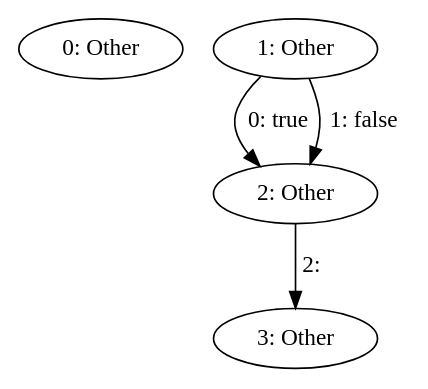
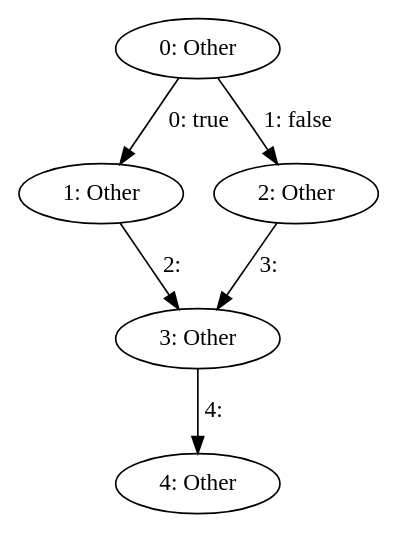
Before and after one commit to mohe2015/zero-cost-templating: the diagram in zero-cost-templating/if_else.html.dot, drawn with Graphviz. The commit also changed 1 other file, not shown here.

```diff
--- a/zero-cost-templating/if_else.html.dot
+++ b/zero-cost-templating/if_else.html.dot
@@ -1,9 +1,12 @@
 digraph {
     0 [ label = "0: Other" ]
     1 [ label = "1: Other" ]
     2 [ label = "2: Other" ]
     3 [ label = "3: Other" ]
-    1 -> 2 [ label = "0: true" ]
-    1 -> 2 [ label = "1: false" ]
-    2 -> 3 [ label = "2: " ]
+    4 [ label = "4: Other" ]
+    0 -> 1 [ label = "0: true" ]
+    0 -> 2 [ label = "1: false" ]
+    1 -> 3 [ label = "2: " ]
+    2 -> 3 [ label = "3: " ]
+    3 -> 4 [ label = "4: " ]
 }
```
